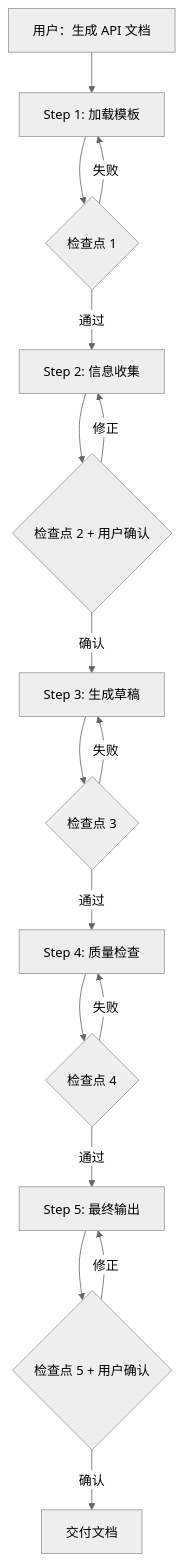
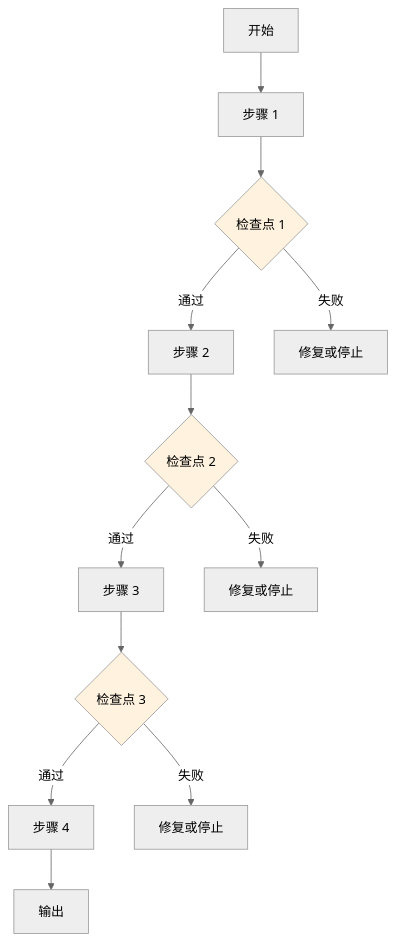
Before and after one commit to JackSmith111977/Knowledge-Base: the fifth of 6 diagrams in Tech/AI/SKILL/Google 5 种设计模式核心知识体系.md, drawn with Mermaid (neutral theme). The commit also changed other lines of this file and 10 other files, not shown here.

````diff
--- a/Tech/AI/SKILL/Google 5 种设计模式核心知识体系.md
+++ b/Tech/AI/SKILL/Google 5 种设计模式核心知识体系.md
@@ -1001,23 +1105,18 @@
 ```mermaid
-graph TB
-    A[用户：生成 API 文档] --> B[Step 1: 加载模板]
+flowchart TD
+    A[开始] --> B[步骤 1]
     B --> C{检查点 1}
-    C -->|通过 | D[Step 2: 信息收集]
-    C -->|失败 | B
+    C -->|通过 | D[步骤 2]
+    C -->|失败 | E[修复或停止]
+    D --> F{检查点 2}
+    F -->|通过 | G[步骤 3]
+    F -->|失败 | H[修复或停止]
+    G --> I{检查点 3}
+    I -->|通过 | J[步骤 4]
+    I -->|失败 | K[修复或停止]
+    J --> L[输出]
     
-    D --> E{检查点 2 + 用户确认}
-    E -->|确认 | F[Step 3: 生成草稿]
-    E -->|修正 | D
-    
-    F --> G{检查点 3}
-    G -->|通过 | H[Step 4: 质量检查]
-    G -->|失败 | F
-    
-    H --> I{检查点 4}
-    I -->|通过 | J[Step 5: 最终输出]
-    I -->|失败 | H
-    
-    J --> K{检查点 5 + 用户确认}
-    K -->|确认 | L[交付文档]
-    K -->|修正 | J
+    style C fill:#fff3e0
+    style F fill:#fff3e0
+    style I fill:#fff3e0
 ```
````
